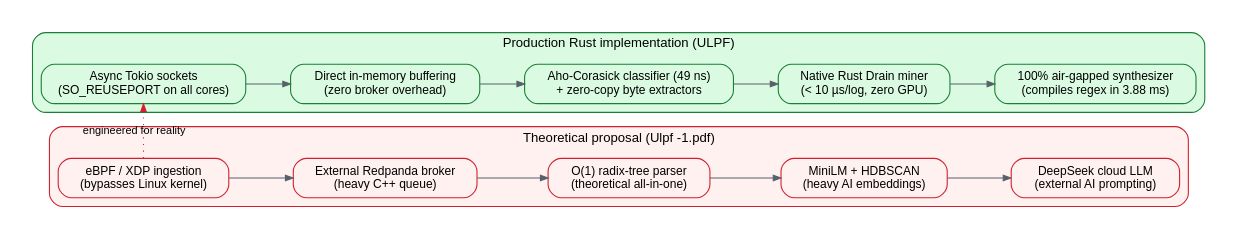
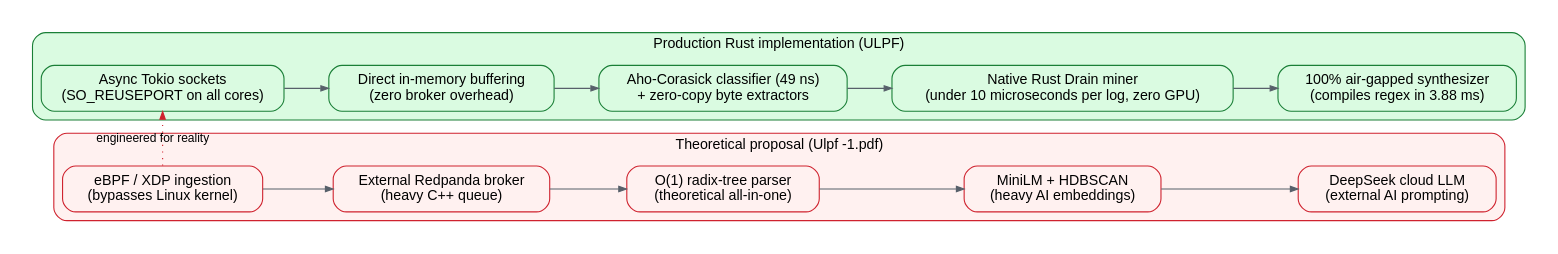
Before and after one commit to animishraa05/layaRustparser: the diagram in docs/diagrams/proposal-vs-reality.dot, drawn with Graphviz. The commit also changed 11 other files, not shown here.

First line of the commit message:
docs(diagrams): rewrite 6 DOT labels to ASCII-only plain English

```diff
--- a/docs/diagrams/proposal-vs-reality.dot
+++ b/docs/diagrams/proposal-vs-reality.dot
@@ -1,31 +1,32 @@
-// Theoretical proposal vs production reality — source for docs/SIMPLIFIED_EXPLANATION_AND_BENCHMARKS.md §2.
+// Theoretical proposal vs production reality - source for docs/SIMPLIFIED_EXPLANATION_AND_BENCHMARKS.md section 2.
 // Regenerate: dot -Tsvg docs/diagrams/proposal-vs-reality.dot -o docs/diagrams/proposal-vs-reality.svg
+// Rule: ASCII-only label text (no unicode symbols - some renderers show tofu).
 digraph proposal_vs_reality {
   graph [rankdir=LR, bgcolor="white", pad="0.2", nodesep="0.35", ranksep="0.55", fontname="Helvetica"];
-  node [shape="box", style="filled,rounded", fillcolor="#f6f8fa", color="#57606a", fontname="Helvetica", fontsize="11", margin="0.16,0.09"];
-  edge [color="#57606a", fontname="Helvetica", fontsize="10", arrowsize="0.7"];
+  node [shape="box", style="filled,rounded", fillcolor="#f6f8fa", color="#57606a", fontname="Helvetica", fontsize="13", margin="0.18,0.10"];
+  edge [color="#57606a", fontname="Helvetica", fontsize="11", arrowsize="0.7"];
 
   subgraph cluster_theory {
     label="Theoretical proposal (Ulpf -1.pdf)";
-    labelloc="t"; style="rounded,filled"; fillcolor="#fff1f0"; color="#cf222e"; fontsize="12";
+    labelloc="t"; style="rounded,filled"; fillcolor="#fff1f0"; color="#cf222e"; fontsize="13";
     a1 [label="eBPF / XDP ingestion\n(bypasses Linux kernel)", fillcolor="#fff1f0", color="#cf222e"];
     b1 [label="External Redpanda broker\n(heavy C++ queue)", fillcolor="#fff1f0", color="#cf222e"];
     c1 [label="O(1) radix-tree parser\n(theoretical all-in-one)", fillcolor="#fff1f0", color="#cf222e"];
     d1 [label="MiniLM + HDBSCAN\n(heavy AI embeddings)", fillcolor="#fff1f0", color="#cf222e"];
     e1 [label="DeepSeek cloud LLM\n(external AI prompting)", fillcolor="#fff1f0", color="#cf222e"];
     a1 -> b1 -> c1 -> d1 -> e1;
   }
 
   subgraph cluster_reality {
     label="Production Rust implementation (ULPF)";
-    labelloc="t"; style="rounded,filled"; fillcolor="#dafbe1"; color="#1a7f37"; fontsize="12";
+    labelloc="t"; style="rounded,filled"; fillcolor="#dafbe1"; color="#1a7f37"; fontsize="13";
     a2 [label="Async Tokio sockets\n(SO_REUSEPORT on all cores)", fillcolor="#dafbe1", color="#1a7f37"];
     b2 [label="Direct in-memory buffering\n(zero broker overhead)", fillcolor="#dafbe1", color="#1a7f37"];
     c2 [label="Aho-Corasick classifier (49 ns)\n+ zero-copy byte extractors", fillcolor="#dafbe1", color="#1a7f37"];
-    d2 [label="Native Rust Drain miner\n(< 10 µs/log, zero GPU)", fillcolor="#dafbe1", color="#1a7f37"];
+    d2 [label="Native Rust Drain miner\n(under 10 microseconds per log, zero GPU)", fillcolor="#dafbe1", color="#1a7f37"];
     e2 [label="100% air-gapped synthesizer\n(compiles regex in 3.88 ms)", fillcolor="#dafbe1", color="#1a7f37"];
     a2 -> b2 -> c2 -> d2 -> e2;
   }
 
-  a1 -> a2 [style=dotted, color="#cf222e", label=" engineered for reality", constraint=false];
+  a1 -> a2 [style=dotted, color="#cf222e", label="engineered for reality", constraint=false];
 }
```
